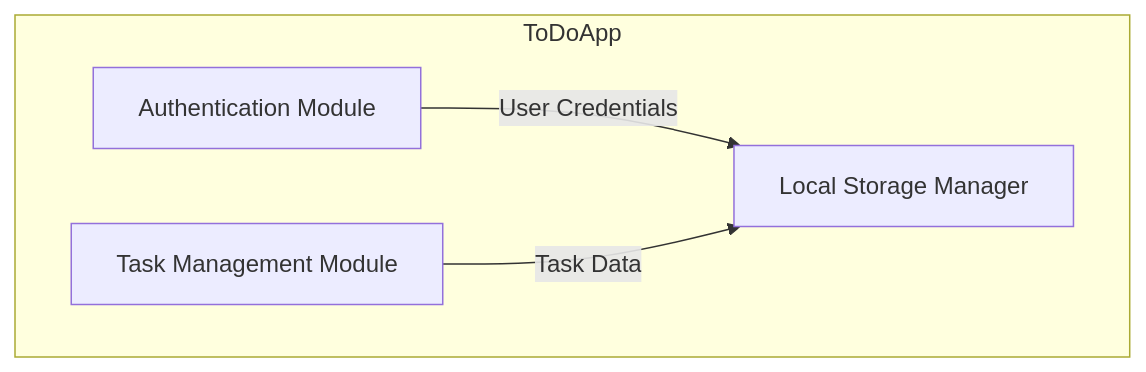
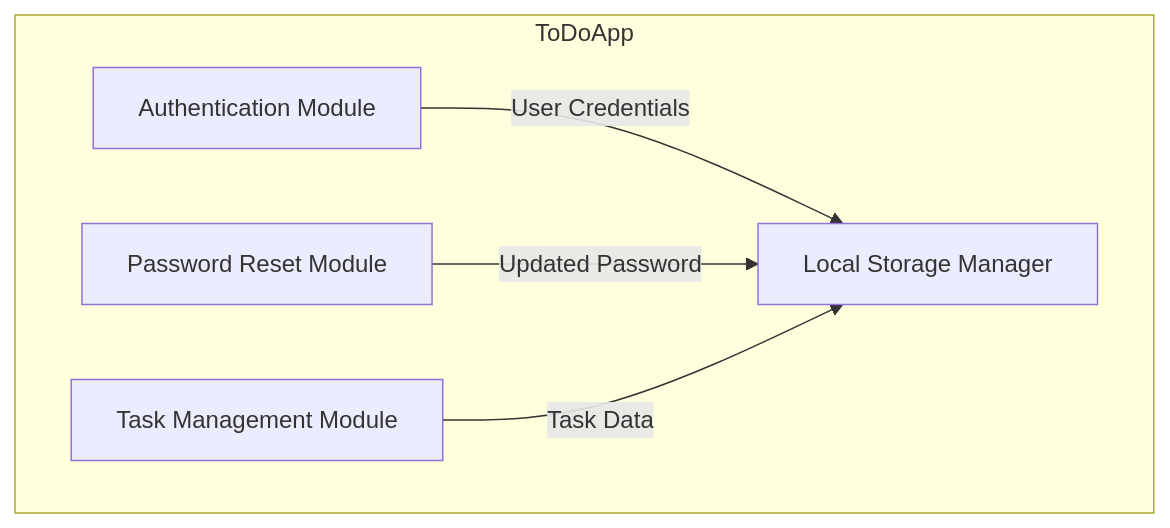
Before and after one commit to Gogi2016/ToDoApp: the third of 4 diagrams in ARCHITECTURE.md, drawn with Mermaid. The commit also changed other lines of this file, not shown here.

````diff
--- a/ARCHITECTURE.md
+++ b/ARCHITECTURE.md
@@ -79,10 +74,12 @@
 ``` mermaid
 graph TD;
   subgraph ToDoApp
     Auth[Authentication Module]
+    PasswordReset[Password Reset Module]
     Task[Task Management Module]
     Storage[Local Storage Manager]
   end
   Auth -->|User Credentials| Storage
+  PasswordReset -->|Updated Password| Storage
   Task -->|Task Data| Storage
-```
+  ```
````
